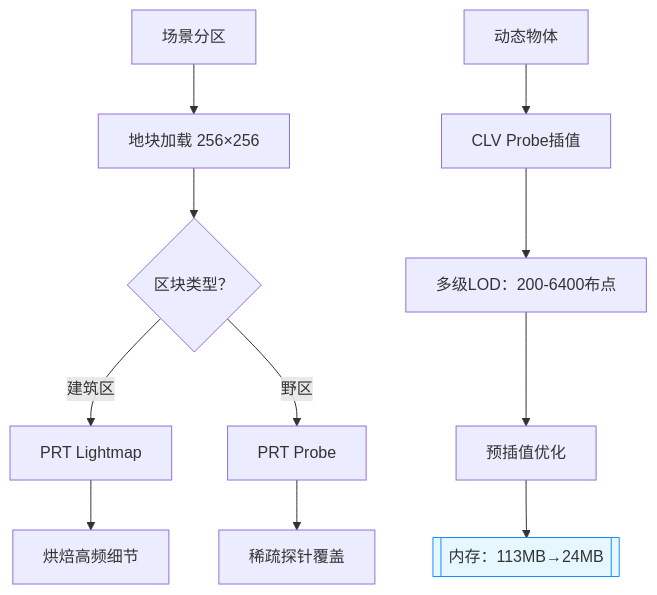
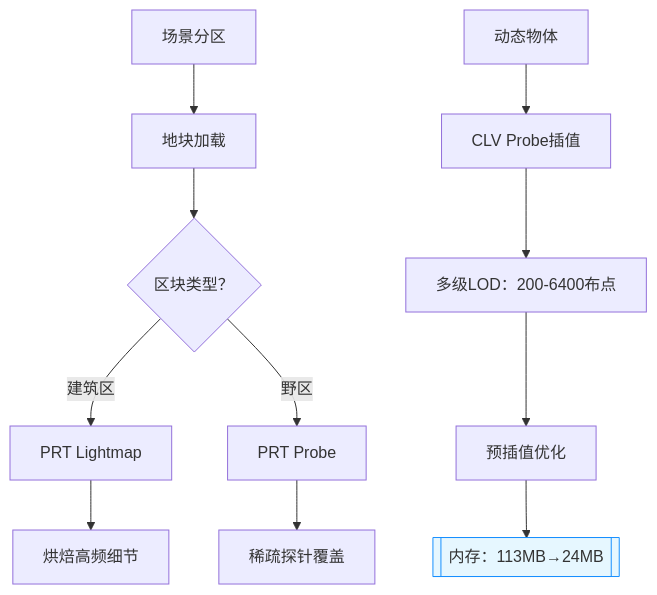
Before and after one commit to archieluan/iodraw-files: the diagram in all/未命名-4.md, drawn with Mermaid.

Commit message:
2025-06-13 15:51:00 update

````diff
--- a/all/未命名-4.md
+++ b/all/未命名-4.md
@@ -1,14 +1,14 @@
 ```mermaid
 graph TD
-    A[场景分区] --> B[地块加载 256×256]
+    A[场景分区] --> B[地块加载]
     B --> C{区块类型？}
     C -->|建筑区| D[PRT Lightmap]
     C -->|野区| E[PRT Probe]
     D --> F[烘焙高频细节]
     E --> G[稀疏探针覆盖]
     H[动态物体] --> I[CLV Probe插值]
     I --> J[多级LOD：200-6400布点]
     J --> K[预插值优化]
     K --> L[[内存：113MB→24MB]]
     style L fill:#e6f7ff,stroke:#1890ff
 ```
````
